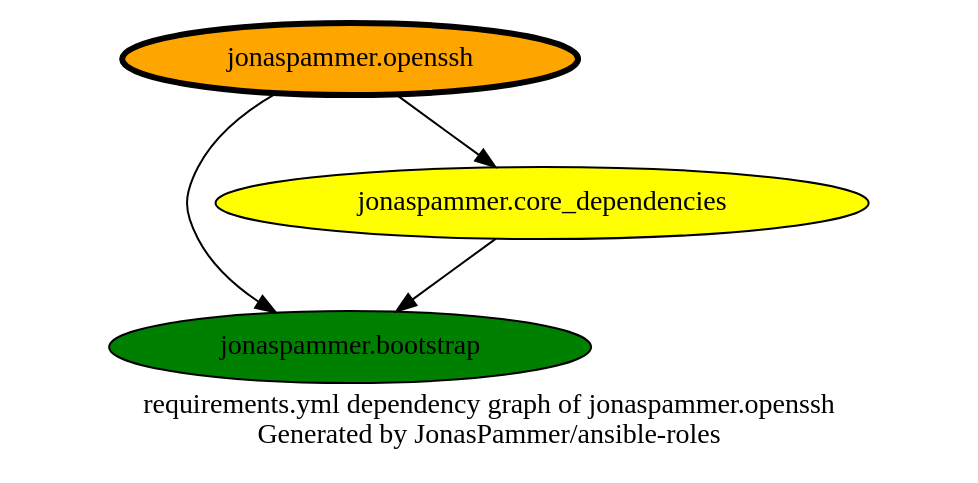
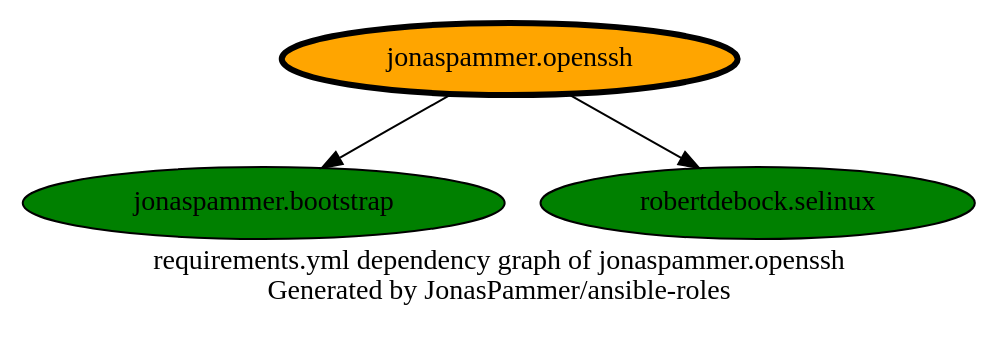
One commit to JonasPammer/ansible-roles changed the diagram in graphs/dependencies_openssh.dot. Above: the diagram before and after it, drawn with Graphviz. The commit also changed 4 other files, not shown here.

```diff
--- a/graphs/dependencies_openssh.dot
+++ b/graphs/dependencies_openssh.dot
@@ -1,14 +1,13 @@
 digraph hierarchy {
   label = "requirements.yml dependency graph of jonaspammer.openssh \n Generated by JonasPammer/ansible-roles" ;
   overlap=false
 
   {
     "jonaspammer.openssh" [fillcolor=orange style=filled penwidth=3]
     "jonaspammer.bootstrap" [fillcolor=green style=filled ]
-    "jonaspammer.core_dependencies" [fillcolor=yellow style=filled ]
+    "robertdebock.selinux" [fillcolor=green style=filled ]
   }
 
 
-  "jonaspammer.openssh" -> {"jonaspammer.bootstrap" "jonaspammer.core_dependencies"}
-  "jonaspammer.core_dependencies" -> {"jonaspammer.bootstrap"}
+  "jonaspammer.openssh" -> {"jonaspammer.bootstrap" "robertdebock.selinux"}
 }
```
